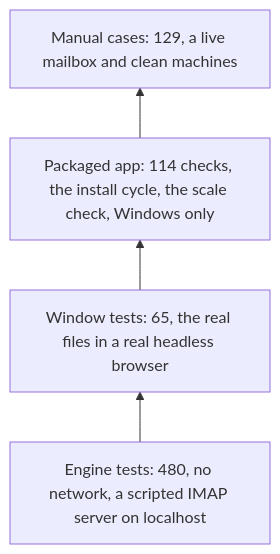
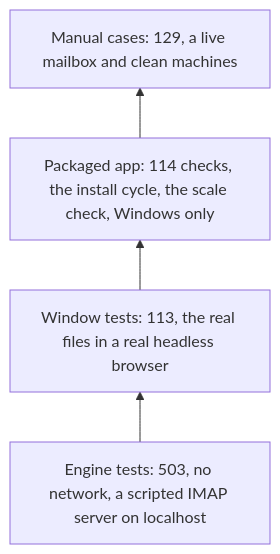
The first of 2 diagrams in docs/testing/strategy.md (SarangVehale/email-todolist), drawn with Mermaid before and after one commit. The commit also changed other lines of this file and 53 other files, not shown here.

````diff
--- a/docs/testing/strategy.md
+++ b/docs/testing/strategy.md
@@ -24,6 +24,6 @@
 ```mermaid
 flowchart BT
-    E["Engine tests: 480, no network, a scripted IMAP server on localhost"] --> W["Window tests: 65, the real files in a real headless browser"]
+    E["Engine tests: 503, no network, a scripted IMAP server on localhost"] --> W["Window tests: 113, the real files in a real headless browser"]
     W --> P["Packaged app: 114 checks, the install cycle, the scale check, Windows only"]
     P --> M["Manual cases: 129, a live mailbox and clean machines"]
 ```
````
